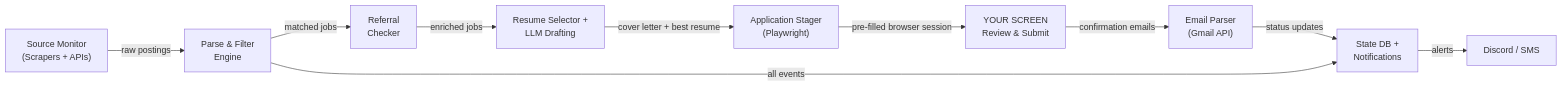
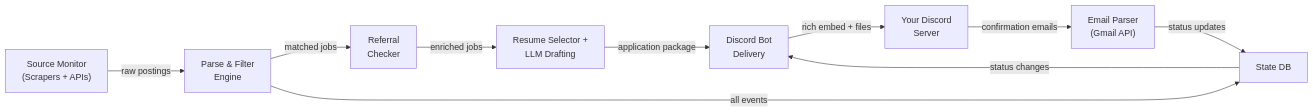
Before and after one commit to Shuhandler/job-application-automation: the diagram in docs/SYSTEM_DESIGN.md, drawn with Mermaid. The commit also changed other lines of this file and 1 other file, not shown here.

````diff
--- a/docs/SYSTEM_DESIGN.md
+++ b/docs/SYSTEM_DESIGN.md
@@ -7,12 +7,12 @@
 ```mermaid
 graph LR
     A["Source Monitor<br/>(Scrapers + APIs)"] -->|raw postings| B["Parse & Filter<br/>Engine"]
     B -->|matched jobs| C["Referral<br/>Checker"]
     C -->|enriched jobs| D["Resume Selector +<br/>LLM Drafting"]
-    D -->|cover letter + best resume| E["Application Stager<br/>(Playwright)"]
-    E -->|pre-filled browser session| F["YOUR SCREEN<br/>Review & Submit"]
+    D -->|application package| E["Discord Bot<br/>Delivery"]
+    E -->|rich embed + files| F["Your Discord<br/>Server"]
     F -->|confirmation emails| I["Email Parser<br/>(Gmail API)"]
-    I -->|status updates| G["State DB +<br/>Notifications"]
+    I -->|status updates| G["State DB"]
     B -->|all events| G
-    G -->|alerts| H["Discord / SMS"]
+    G -->|status changes| E
 ```
````
